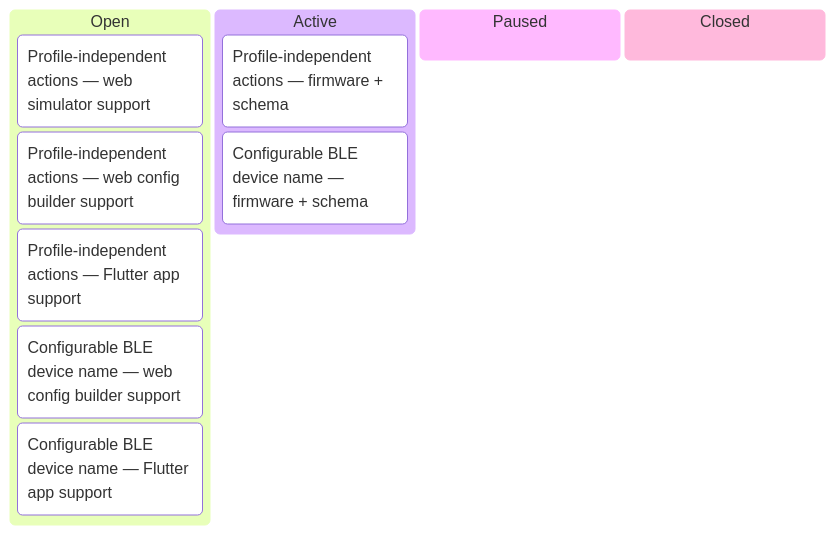
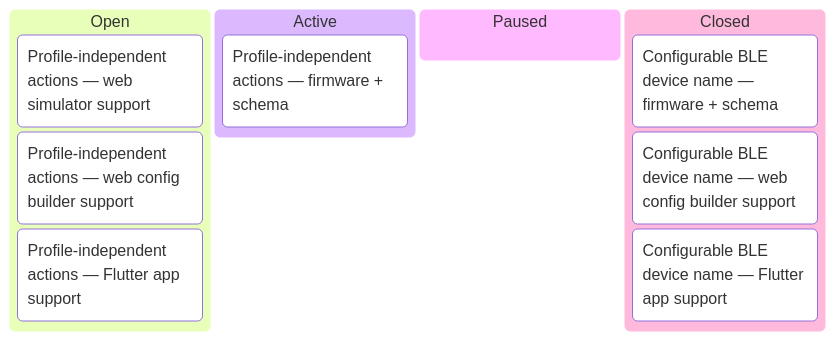
Before and after one commit to tgd1975/AwesomeStudioPedal: the first of 6 diagrams in docs/developers/tasks/KANBAN.md, drawn with Mermaid. The commit also changed other lines of this file and 23 other files, not shown here.

````diff
--- a/docs/developers/tasks/KANBAN.md
+++ b/docs/developers/tasks/KANBAN.md
@@ -11,14 +11,14 @@
 ```mermaid
 kanban
   Open
     TASK_307["Profile-independent actions — web simulator support"]
     TASK_308["Profile-independent actions — web config builder support"]
     TASK_309["Profile-independent actions — Flutter app support"]
+  Active
+    TASK_306["Profile-independent actions — firmware + schema"]
+  Paused
+  Closed
+    TASK_310["Configurable BLE device name — firmware + schema"]
     TASK_311["Configurable BLE device name — web config builder support"]
     TASK_312["Configurable BLE device name — Flutter app support"]
-  Active
-    TASK_306["Profile-independent actions — firmware + schema"]
-    TASK_310["Configurable BLE device name — firmware + schema"]
-  Paused
-  Closed
 ```
````
